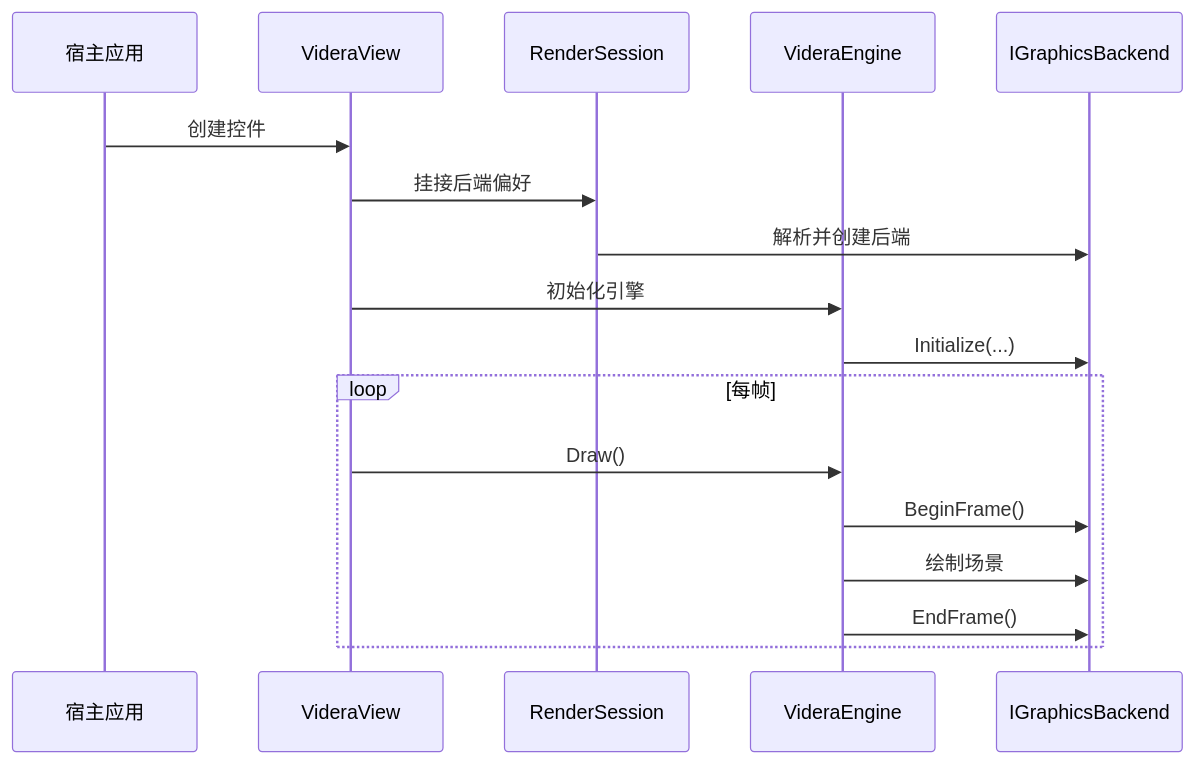
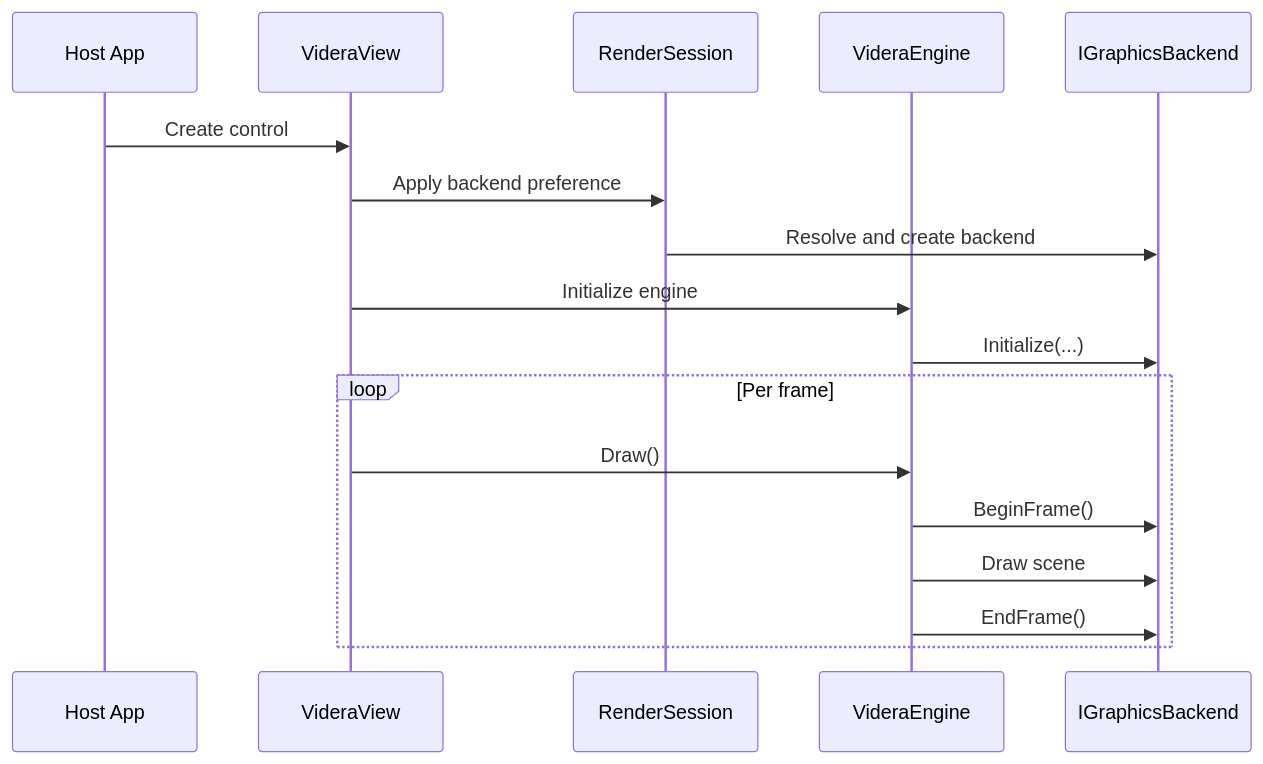
Before and after one commit to ExplodingUFO/Videra: the second of 2 diagrams in ARCHITECTURE.md, drawn with Mermaid. The commit also changed other lines of this file and 22 other files, not shown here.

````diff
--- a/ARCHITECTURE.md
+++ b/ARCHITECTURE.md
@@ -107,21 +109,21 @@
 ```mermaid
 sequenceDiagram
-    participant App as 宿主应用
+    participant App as Host App
     participant View as VideraView
     participant Session as RenderSession
     participant Engine as VideraEngine
     participant Backend as IGraphicsBackend
 
-    App->>View: 创建控件
-    View->>Session: 挂接后端偏好
-    Session->>Backend: 解析并创建后端
-    View->>Engine: 初始化引擎
+    App->>View: Create control
+    View->>Session: Apply backend preference
+    Session->>Backend: Resolve and create backend
+    View->>Engine: Initialize engine
     Engine->>Backend: Initialize(...)
 
-    loop 每帧
+    loop Per frame
         View->>Engine: Draw()
         Engine->>Backend: BeginFrame()
-        Engine->>Backend: 绘制场景
+        Engine->>Backend: Draw scene
         Engine->>Backend: EndFrame()
     end
 ```
````
